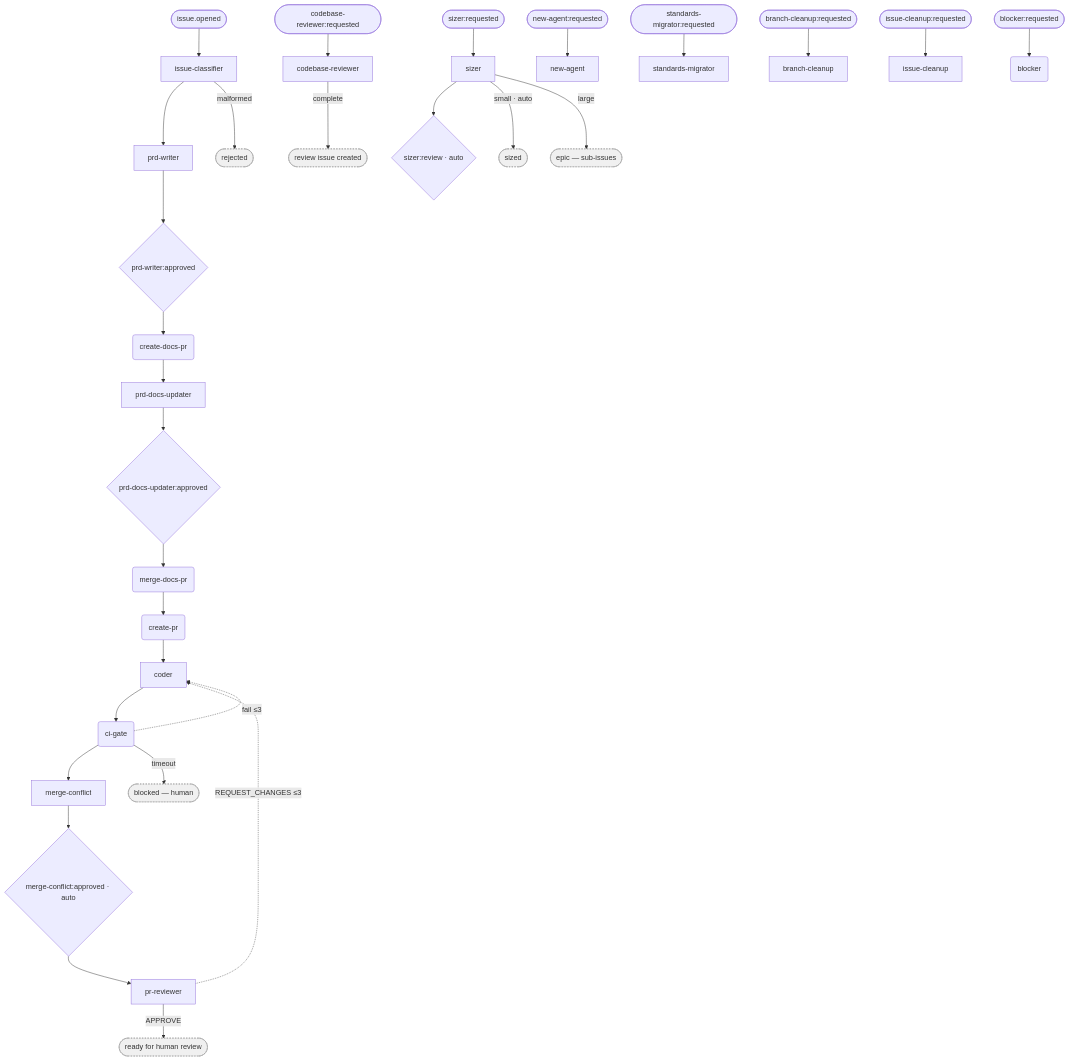
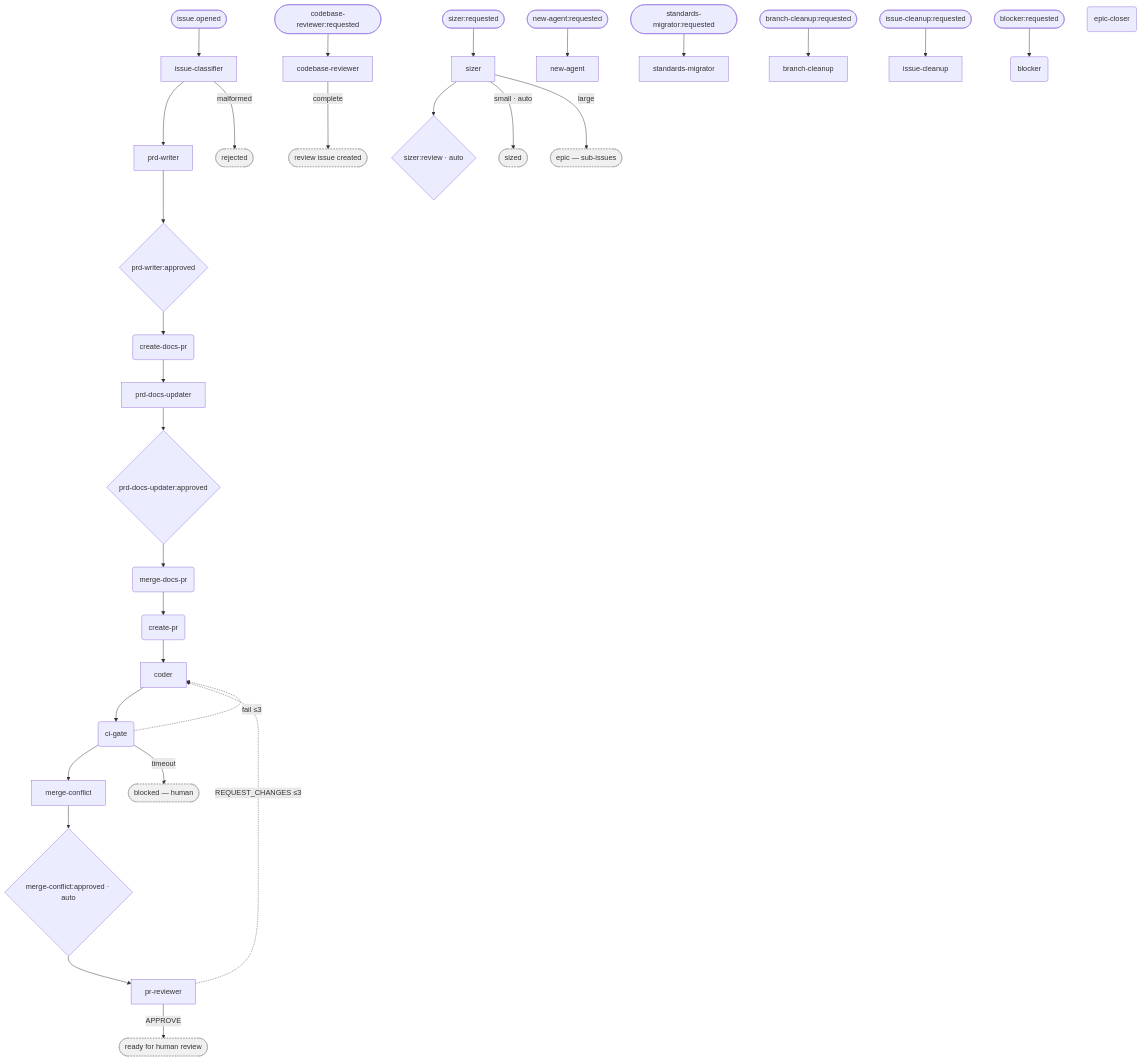
One commit to M-A-Operating-System/ai-coding-standards2 changed the diagram in docs/product/orchestrator/generated/pipeline.mmd. Above: the diagram before and after it, drawn with Mermaid. The commit also changed 31 other files, not shown here.

```diff
--- a/docs/product/orchestrator/generated/pipeline.mmd
+++ b/docs/product/orchestrator/generated/pipeline.mmd
@@ -1,66 +1,67 @@
 flowchart TD
     entry_n_01_product_docs__issue_classifier(["issue.opened"])
     entry_n_00_ondemand__codebase_reviewer(["codebase-reviewer:requested"])
     entry_n_00_ondemand__sizer(["sizer:requested"])
     entry_n_00_ondemand__new_agent(["new-agent:requested"])
     entry_n_00_ondemand__standards_migrator(["standards-migrator:requested"])
     entry_n_00_ondemand__branch_cleanup(["branch-cleanup:requested"])
     entry_n_00_ondemand__issue_cleanup(["issue-cleanup:requested"])
     entry_n_00_ondemand__blocker(["blocker:requested"])
     n_01_product_docs__issue_classifier["issue-classifier"]
     n_01_product_docs__prd_writer["prd-writer"]
     n_01_product_docs__create_docs_pr("create-docs-pr")
-    n_01_product_docs__create_pr("create-pr")
     n_01_product_docs__prd_docs_updater["prd-docs-updater"]
     n_01_product_docs__merge_docs_pr("merge-docs-pr")
+    n_01_product_docs__create_pr("create-pr")
     n_03_execute__coder["coder"]
     n_03_execute__ci_gate("ci-gate")
     n_03_execute__merge_conflict["merge-conflict"]
     n_03_execute__pr_reviewer["pr-reviewer"]
+    n_04_evaluate__epic_closer("epic-closer")
     n_00_ondemand__codebase_reviewer["codebase-reviewer"]
     n_00_ondemand__sizer["sizer"]
     n_00_ondemand__new_agent["new-agent"]
     n_00_ondemand__standards_migrator["standards-migrator"]
     n_00_ondemand__branch_cleanup["branch-cleanup"]
     n_00_ondemand__issue_cleanup["issue-cleanup"]
     n_00_ondemand__blocker("blocker")
     gate__n_01_product_docs__prd_writer{"prd-writer:approved"}
     gate__n_01_product_docs__prd_docs_updater{"prd-docs-updater:approved"}
     gate__n_03_execute__merge_conflict{"merge-conflict:approved · auto"}
     gate__n_00_ondemand__sizer{"sizer:review · auto"}
     term_blocked(["blocked — human"]):::term
     term_cr_done(["review issue created"]):::term
     term_epic(["epic — sub-issues"]):::term
     term_ready(["ready for human review"]):::term
     term_rejected(["rejected"]):::term
     term_sized(["sized"]):::term
     entry_n_01_product_docs__issue_classifier --> n_01_product_docs__issue_classifier
     entry_n_00_ondemand__codebase_reviewer --> n_00_ondemand__codebase_reviewer
     entry_n_00_ondemand__sizer --> n_00_ondemand__sizer
     entry_n_00_ondemand__new_agent --> n_00_ondemand__new_agent
     entry_n_00_ondemand__standards_migrator --> n_00_ondemand__standards_migrator
     entry_n_00_ondemand__branch_cleanup --> n_00_ondemand__branch_cleanup
     entry_n_00_ondemand__issue_cleanup --> n_00_ondemand__issue_cleanup
     entry_n_00_ondemand__blocker --> n_00_ondemand__blocker
     n_01_product_docs__issue_classifier --> n_01_product_docs__prd_writer
     gate__n_01_product_docs__prd_writer --> n_01_product_docs__create_docs_pr
-    n_01_product_docs__merge_docs_pr --> n_01_product_docs__create_pr
     n_01_product_docs__create_docs_pr --> n_01_product_docs__prd_docs_updater
     gate__n_01_product_docs__prd_docs_updater --> n_01_product_docs__merge_docs_pr
+    n_01_product_docs__merge_docs_pr --> n_01_product_docs__create_pr
     n_01_product_docs__create_pr --> n_03_execute__coder
     n_03_execute__coder --> n_03_execute__ci_gate
     n_03_execute__ci_gate --> n_03_execute__merge_conflict
     gate__n_03_execute__merge_conflict --> n_03_execute__pr_reviewer
     n_01_product_docs__prd_writer --> gate__n_01_product_docs__prd_writer
     n_01_product_docs__prd_docs_updater --> gate__n_01_product_docs__prd_docs_updater
     n_03_execute__merge_conflict --> gate__n_03_execute__merge_conflict
     n_00_ondemand__sizer --> gate__n_00_ondemand__sizer
     n_03_execute__pr_reviewer -. REQUEST_CHANGES ≤3 .-> n_03_execute__coder
     n_03_execute__ci_gate -. fail ≤3 .-> n_03_execute__coder
     n_01_product_docs__issue_classifier -->|malformed| term_rejected
     n_03_execute__ci_gate -->|timeout| term_blocked
     n_03_execute__pr_reviewer -->|APPROVE| term_ready
     n_00_ondemand__sizer -->|small · auto| term_sized
     n_00_ondemand__sizer -->|large| term_epic
     n_00_ondemand__codebase_reviewer -->|complete| term_cr_done
     classDef term fill:#f0f0f0,stroke:#999,stroke-dasharray:3
```
